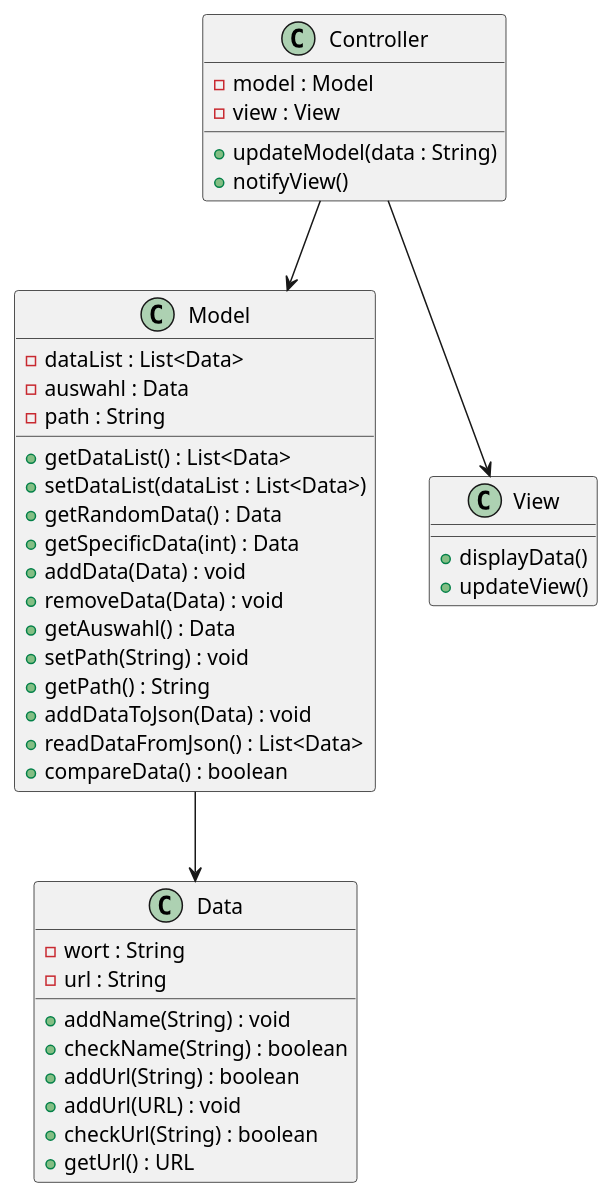
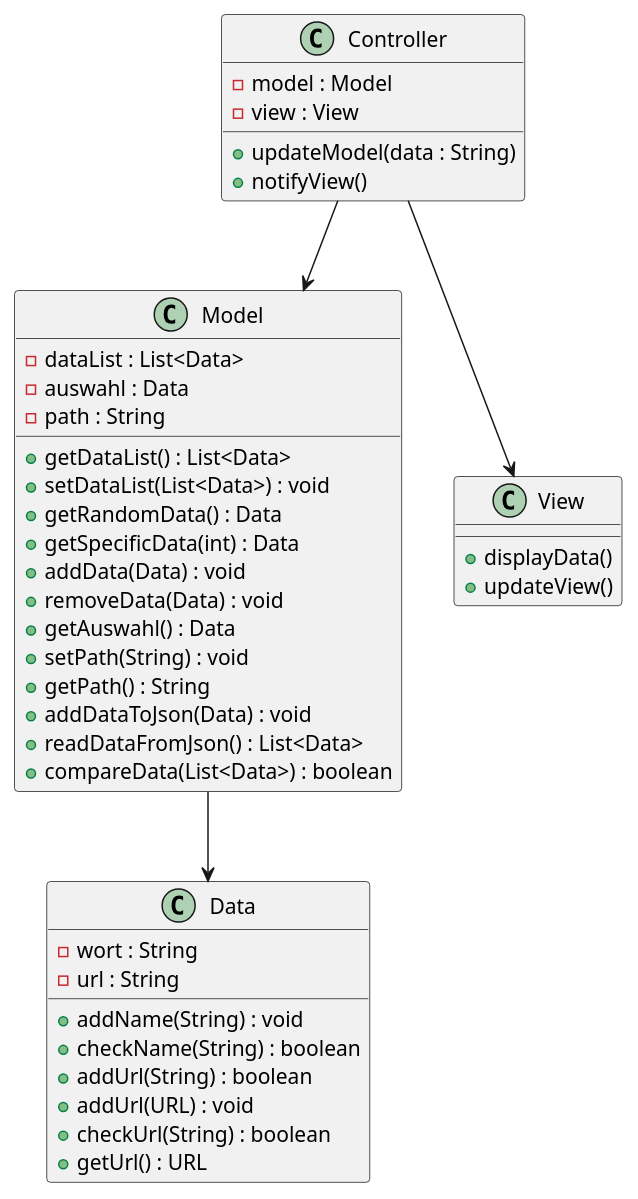
Before and after one commit to TGM-HIT/sew9-2425-worttrainer-kbau3r: the diagram in worttrainer-reloaded.puml, drawn with PlantUML. The commit also changed 1 other file, not shown here.

```diff
--- a/worttrainer-reloaded.puml
+++ b/worttrainer-reloaded.puml
@@ -1,49 +1,49 @@
 @startuml
 'title: Worttrainer Reloaded - kbauer'
 
 class Model {
   -dataList : List<Data>
   -auswahl : Data
   -path : String
   +getDataList() : List<Data>
-  +setDataList(dataList : List<Data>)
+  +setDataList(List<Data>) : void
   +getRandomData() : Data
   +getSpecificData(int) : Data
   +addData(Data) : void
   +removeData(Data) : void
   +getAuswahl() : Data
   +setPath(String) : void
   +getPath() : String
   +addDataToJson(Data) : void
   +readDataFromJson() : List<Data>
-  +compareData() : boolean
+  +compareData(List<Data>) : boolean
 }
 
 class Data {
   -wort : String
   -url : String
   +addName(String) : void
   +checkName(String) : boolean
   +addUrl(String) : boolean
   +addUrl(URL) : void
   +checkUrl(String) : boolean
   +getUrl() : URL
 }
 
 class View {
   +displayData()
   +updateView()
 }
 
 class Controller {
   -model : Model
   -view : View
   +updateModel(data : String)
   +notifyView()
 }
 
 Controller --> Model
 Controller --> View
 Model --> Data
 
 @enduml
```
